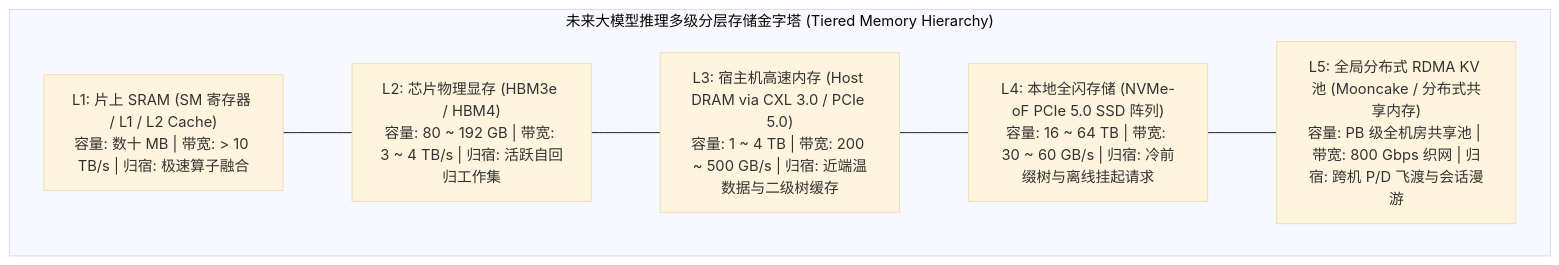
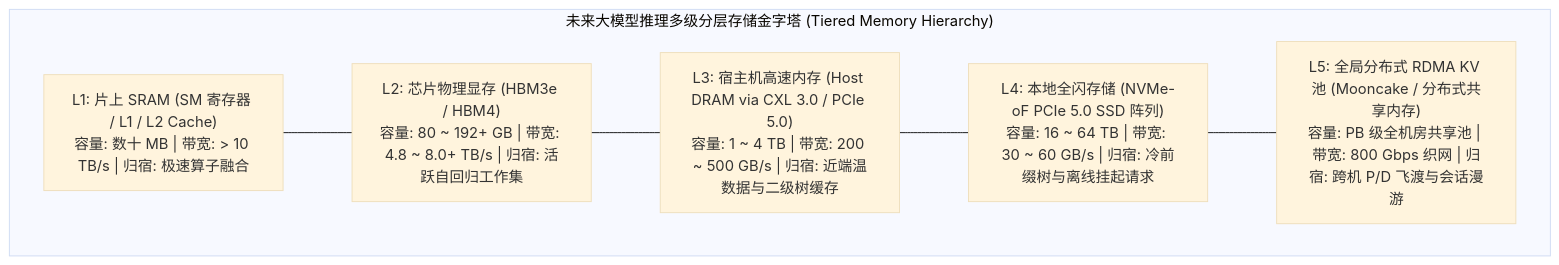
The third of 4 diagrams in content/zh/articles/reasoning-test-time-compute-inference-future.md (ifnodoraemon/ifnodoraemon.github.io), drawn with Mermaid (base theme) before and after one commit. The commit also changed other lines of this file and 171 other files, not shown here.

````diff
--- a/content/zh/articles/reasoning-test-time-compute-inference-future.md
+++ b/content/zh/articles/reasoning-test-time-compute-inference-future.md
@@ -161,15 +161,15 @@
 ```mermaid
 flowchart TD
     subgraph StoragePyramid["未来大模型推理多级分层存储金字塔 (Tiered Memory Hierarchy)"]
         L1["L1: 片上 SRAM (SM 寄存器 / L1 / L2 Cache)<br/>容量: 数十 MB | 带宽: > 10 TB/s | 归宿: 极速算子融合"]
-        L2["L2: 芯片物理显存 (HBM3e / HBM4)<br/>容量: 80 ~ 192 GB | 带宽: 3 ~ 4 TB/s | 归宿: 活跃自回归工作集"]
+        L2["L2: 芯片物理显存 (HBM3e / HBM4)<br/>容量: 80 ~ 192+ GB | 带宽: 4.8 ~ 8.0+ TB/s | 归宿: 活跃自回归工作集"]
         L3["L3: 宿主机高速内存 (Host DRAM via CXL 3.0 / PCIe 5.0)<br/>容量: 1 ~ 4 TB | 带宽: 200 ~ 500 GB/s | 归宿: 近端温数据与二级树缓存"]
         L4["L4: 本地全闪存储 (NVMe-oF PCIe 5.0 SSD 阵列)<br/>容量: 16 ~ 64 TB | 带宽: 30 ~ 60 GB/s | 归宿: 冷前缀树与离线挂起请求"]
         L5["L5: 全局分布式 RDMA KV 池 (Mooncake / 分布式共享内存)<br/>容量: PB 级全机房共享池 | 带宽: 800 Gbps 织网 | 归宿: 跨机 P/D 飞渡与会话漫游"]
     end
 
     L1 --- L2
     L2 --- L3
     L3 --- L4
     L4 --- L5
 ```
````
